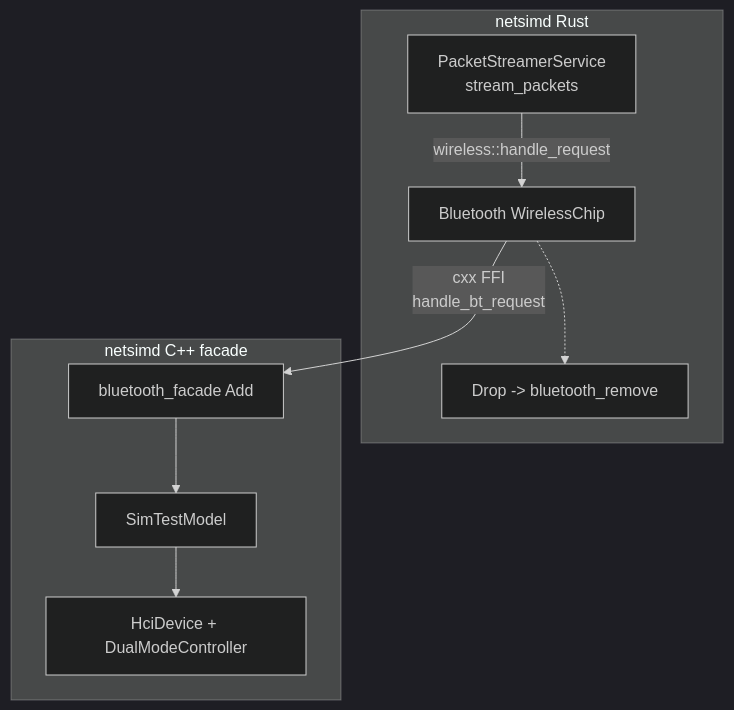
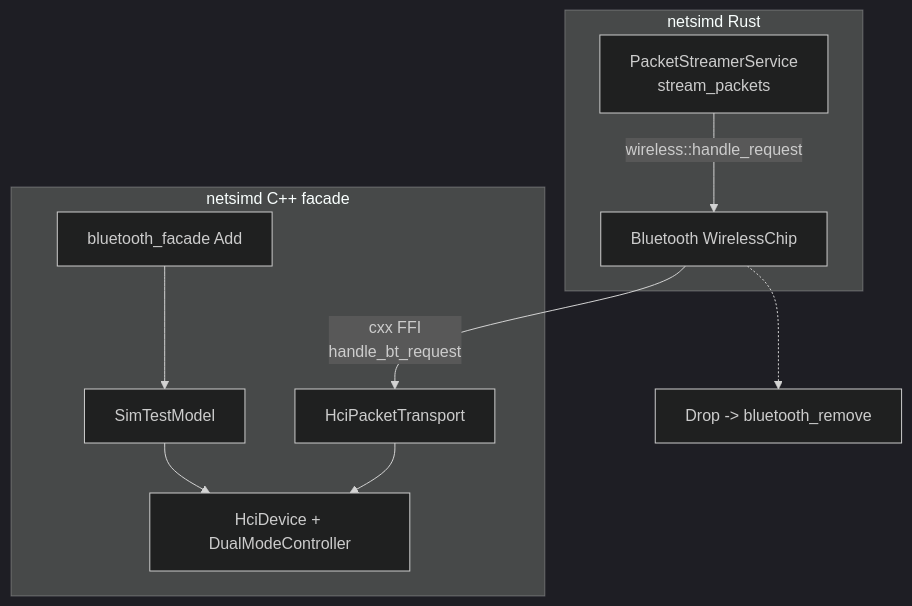
Before and after one commit to aospbooks/android-emulator-internal-book: the fourth of 6 diagrams in 19-bluetooth.md, drawn with Mermaid (dark theme). The commit also changed other lines of this file and 31 other files, not shown here.

````diff
--- a/19-bluetooth.md
+++ b/19-bluetooth.md
@@ -370,18 +379,20 @@
 ```mermaid
 flowchart TB
     subgraph RUST["netsimd Rust"]
         GS["PacketStreamerService<br/>stream_packets"]
         WIR["Bluetooth WirelessChip"]
-        DROP["Drop -> bluetooth_remove"]
     end
     subgraph CPP["netsimd C++ facade"]
         FAC["bluetooth_facade Add"]
+        HTR["HciPacketTransport"]
         STM["SimTestModel"]
         HD["HciDevice + DualModeController"]
     end
+    DROP["Drop -> bluetooth_remove"]
     GS -->|"wireless::handle_request"| WIR
-    WIR -->|"cxx FFI<br/>handle_bt_request"| FAC
+    WIR -->|"cxx FFI<br/>handle_bt_request"| HTR
     FAC --> STM
     STM --> HD
+    HTR --> HD
     WIR -.-> DROP
 ```
````
